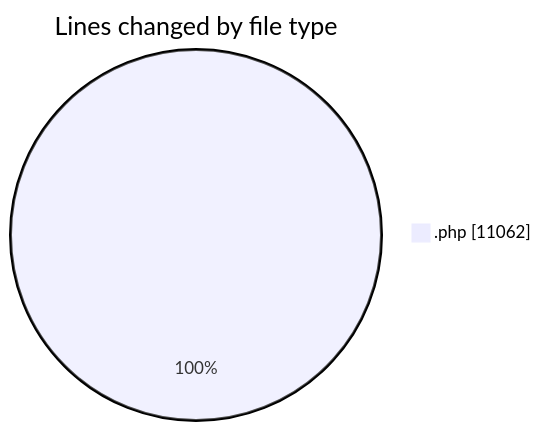
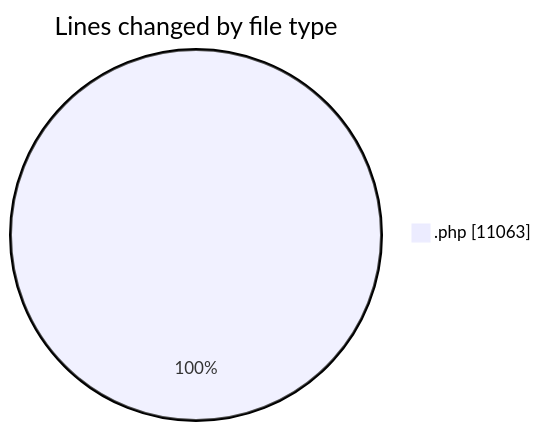
One commit to vahidmafi/code-tracking changed the first of 2 diagrams in 2025-07-21/shop/README.md. Above: the diagram before and after it, drawn with Mermaid. The commit also changed other lines of this file and 1 other file, not shown here.

````diff
--- a/2025-07-21/shop/README.md
+++ b/2025-07-21/shop/README.md
@@ -27,5 +27,5 @@
 ```mermaid
 pie showData
 title Lines changed by file type
-".php" : 11062
+".php" : 11063
 ```
````
